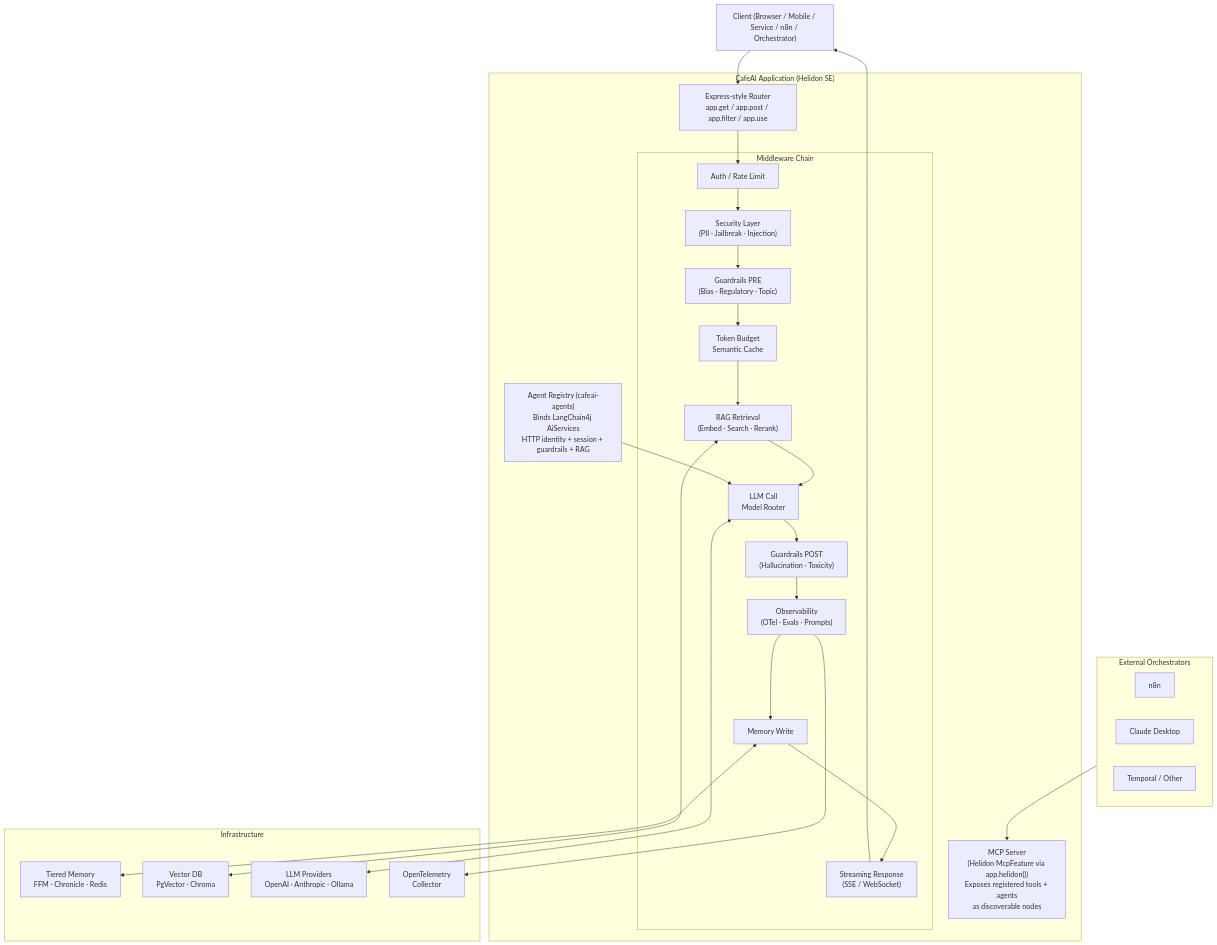
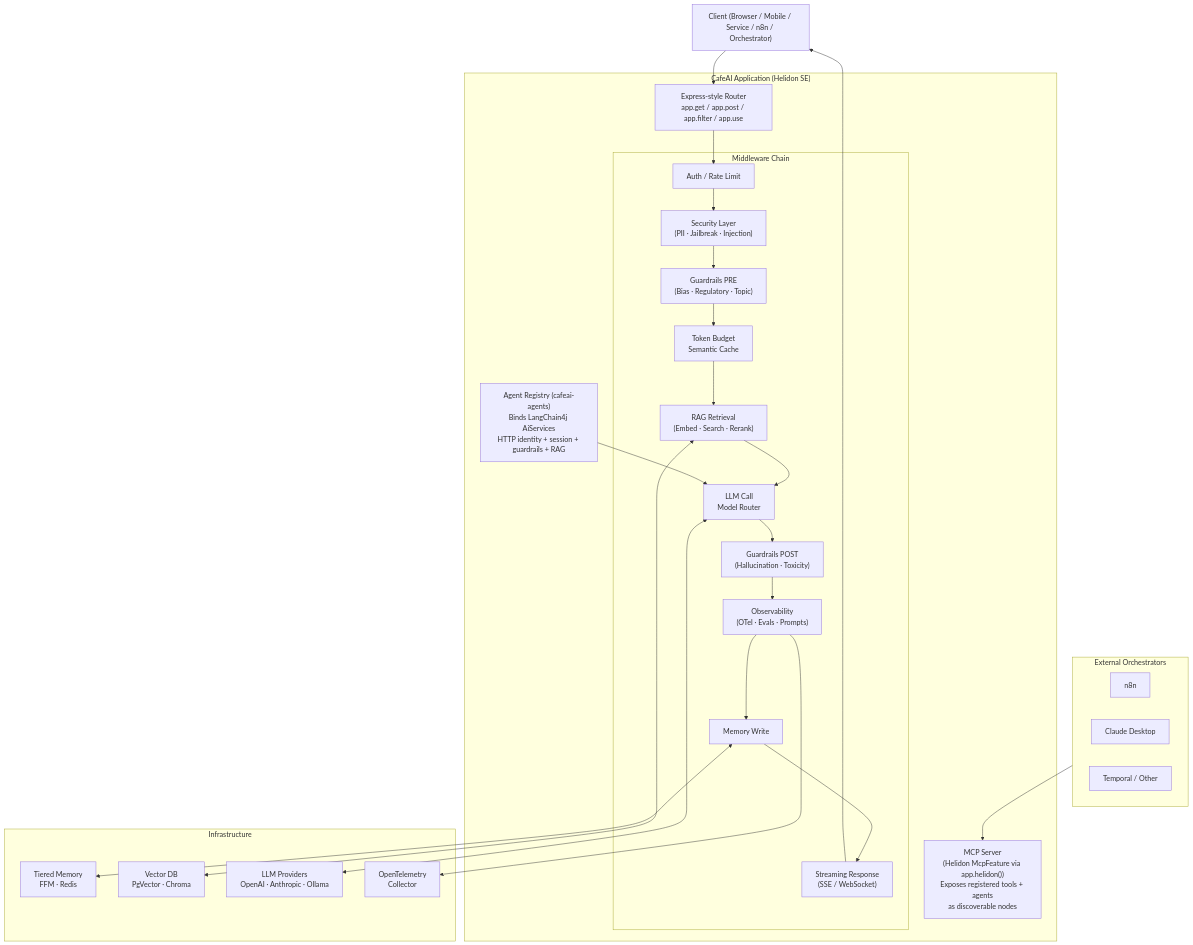
One commit to akilisha/cafeai changed the diagram in docs/SPEC.md. Above: the diagram before and after it, drawn with Mermaid. The commit also changed other lines of this file and 13 other files, not shown here.

````diff
--- a/docs/SPEC.md
+++ b/docs/SPEC.md
@@ -109,49 +109,49 @@
 ```mermaid
 graph TD
     Client["Client (Browser / Mobile / Service / n8n / Orchestrator)"]
 
     subgraph CafeAI["CafeAI Application (Helidon SE)"]
         Router["Express-style Router\napp.get / app.post / app.filter / app.use"]
 
         subgraph MW["Middleware Chain"]
             Auth["Auth / Rate Limit"]
             Security["Security Layer\n(PII · Jailbreak · Injection)"]
             GuardPre["Guardrails PRE\n(Bias · Regulatory · Topic)"]
             Cost["Token Budget\nSemantic Cache"]
             RAG["RAG Retrieval\n(Embed · Search · Rerank)"]
             LLM["LLM Call\nModel Router"]
             GuardPost["Guardrails POST\n(Hallucination · Toxicity)"]
             Observe["Observability\n(OTel · Evals · Prompts)"]
             MemWrite["Memory Write"]
             Stream["Streaming Response\n(SSE / WebSocket)"]
         end
 
         MCP["MCP Server\n(Helidon McpFeature via app.helidon())\nExposes registered tools + agents\nas discoverable nodes"]
         Agents["Agent Registry (cafeai-agents)\nBinds LangChain4j AiServices\nHTTP identity + session + guardrails + RAG"]
 
         Router --> Auth --> Security --> GuardPre --> Cost --> RAG --> LLM
         LLM --> GuardPost --> Observe --> MemWrite --> Stream
     end
 
     subgraph Infra["Infrastructure"]
-        MemTier["Tiered Memory\nFFM · Chronicle · Redis"]
+        MemTier["Tiered Memory\nFFM · Redis"]
         VectorDB["Vector DB\nPgVector · Chroma"]
         Providers["LLM Providers\nOpenAI · Anthropic · Ollama"]
         OTel["OpenTelemetry\nCollector"]
     end
 
     subgraph External["External Orchestrators"]
         N8N["n8n"]
         Claude["Claude Desktop"]
         Temporal["Temporal / Other"]
     end
 
     Client --> Router
     Stream --> Client
     External --> MCP
     MemWrite <--> MemTier
     RAG <--> VectorDB
     LLM <--> Providers
     Observe --> OTel
     Agents --> LLM
 ```
````
